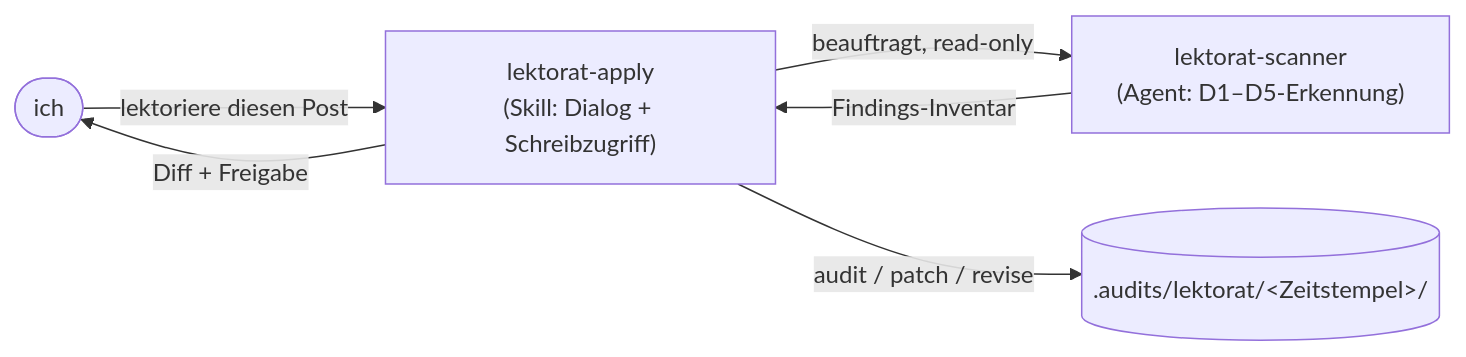
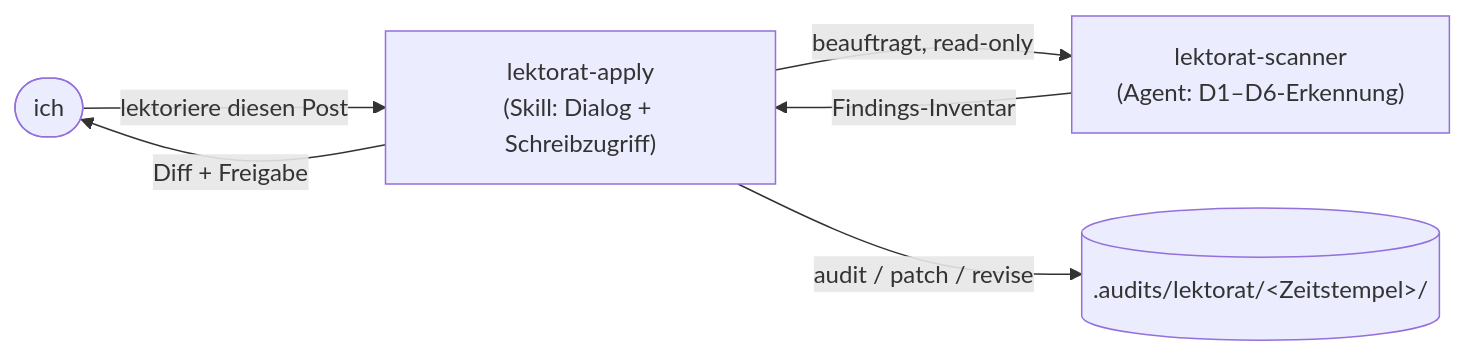
One commit to nolte/blog changed the diagram in src/content/posts/de/how-lektorat-audits-my-docs.md. Above: the diagram before and after it, drawn with Mermaid. The commit also changed other lines of this file and 4 other files, not shown here.

````diff
--- a/src/content/posts/de/how-lektorat-audits-my-docs.md
+++ b/src/content/posts/de/how-lektorat-audits-my-docs.md
@@ -47,8 +48,8 @@
 ```mermaid
 flowchart LR
     Me([ich]) -->|"lektoriere diesen Post"| Skill["lektorat-apply<br/>(Skill: Dialog + Schreibzugriff)"]
-    Skill -->|"beauftragt, read-only"| Scanner["lektorat-scanner<br/>(Agent: D1–D5-Erkennung)"]
+    Skill -->|"beauftragt, read-only"| Scanner["lektorat-scanner<br/>(Agent: D1–D6-Erkennung)"]
     Scanner -->|Findings-Inventar| Skill
     Skill -->|audit / patch / revise| Trail[(".audits/lektorat/&lt;Zeitstempel&gt;/")]
     Skill -->|Diff + Freigabe| Me
 ```
````
